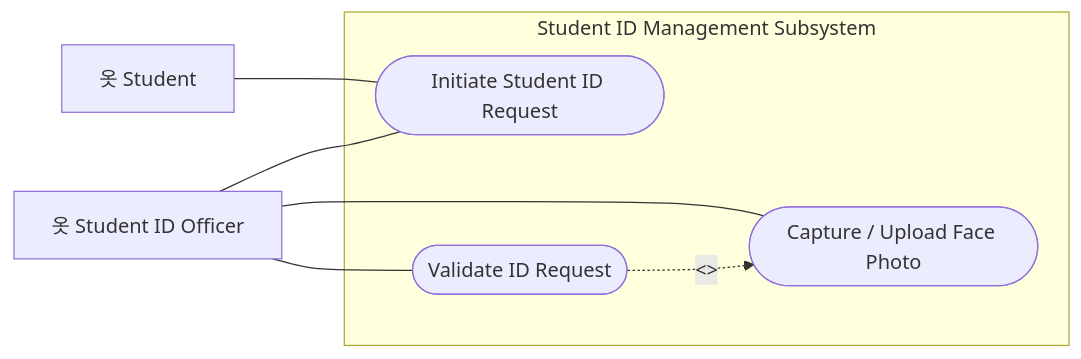
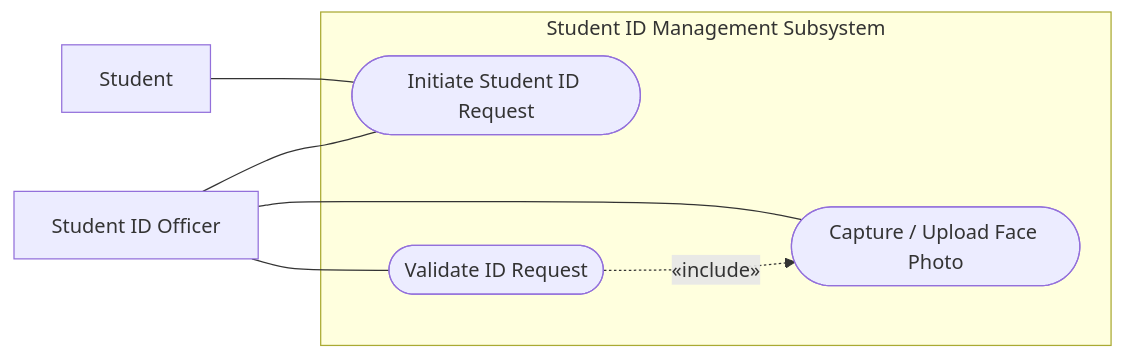
One commit to kirbygeagonia-create/EnrollmentManagementSystem changed diagram 15 of 17 in Documentation/Use-Case-Diagram-Guide.md. Above: the diagram before and after it, drawn with Mermaid. The commit also changed other lines of this file and 51 other files, not shown here.

````diff
--- a/Documentation/Use-Case-Diagram-Guide.md
+++ b/Documentation/Use-Case-Diagram-Guide.md
@@ -708,19 +710,19 @@
 ```mermaid
 flowchart LR
-    A_IDO["옷 Student ID Officer"]
-    A_Stud["옷 Student"]
+    A_IDO["Student ID Officer"]
+    A_Stud["Student"]
 
     subgraph SYSTEM ["Student ID Management Subsystem"]
         UC_ID01(["Initiate Student ID Request"])
         UC_ID02(["Capture / Upload Face Photo"])
         UC_ID03(["Validate ID Request"])
     end
 
     A_IDO --- UC_ID01
     A_IDO --- UC_ID02
     A_IDO --- UC_ID03
 
     A_Stud --- UC_ID01
 
-    UC_ID03 -.->|"<<include>>"| UC_ID02
+    UC_ID03 -.->|"«include»"| UC_ID02
 ```
````
